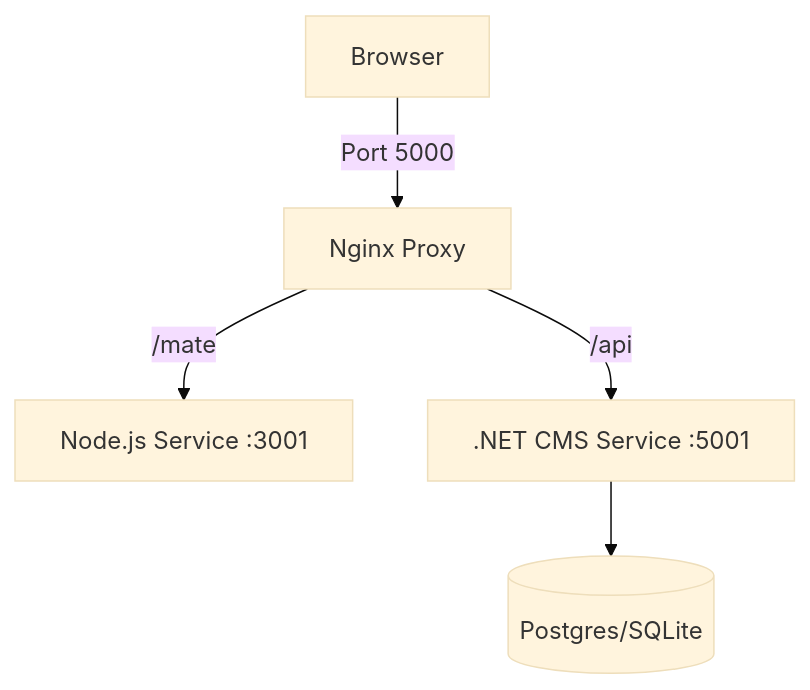
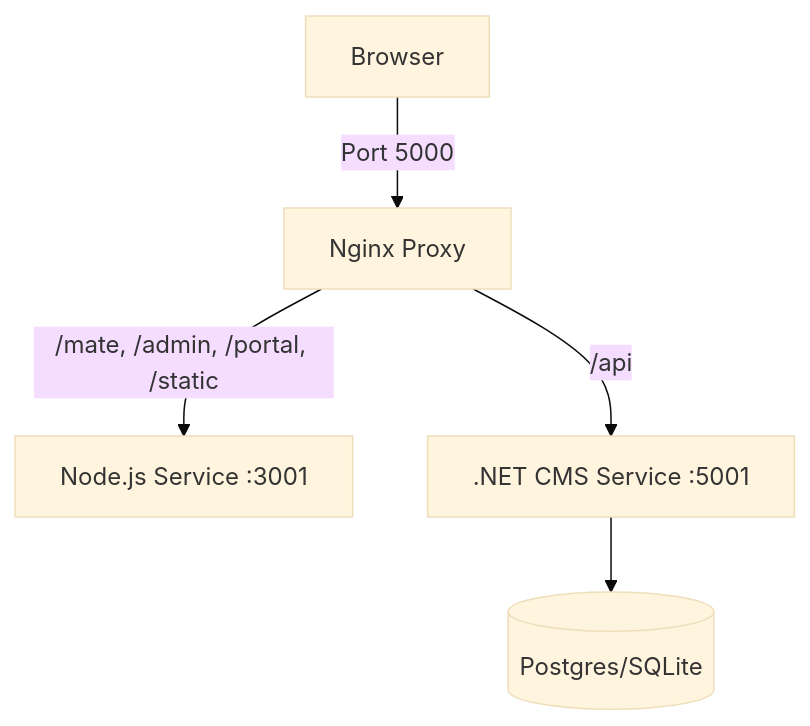
The diagram in docs/wiki/Docker-Deployment.md (kaboomtastic9000k/formmate), drawn with Mermaid (base theme) before and after one commit. The commit also changed other lines of this file and 56 other files, not shown here.

````diff
--- a/docs/wiki/Docker-Deployment.md
+++ b/docs/wiki/Docker-Deployment.md
@@ -17,7 +17,7 @@
 ```mermaid
 graph TD
     Client[Browser] -->|Port 5000| Nginx[Nginx Proxy]
-    Nginx -->|/mate| Node[Node.js Service :3001]
+    Nginx -->|/mate, /admin, /portal, /static| Node[Node.js Service :3001]
     Nginx -->|/api| DotNet[.NET CMS Service :5001]
     DotNet --> DB[(Postgres/SQLite)]
 ```
````
